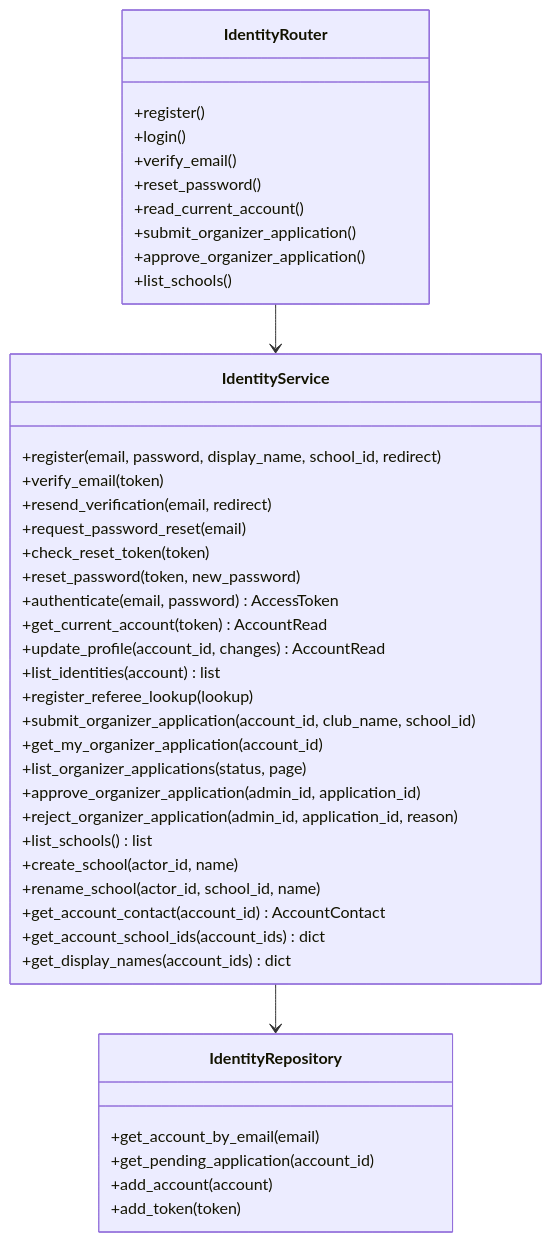
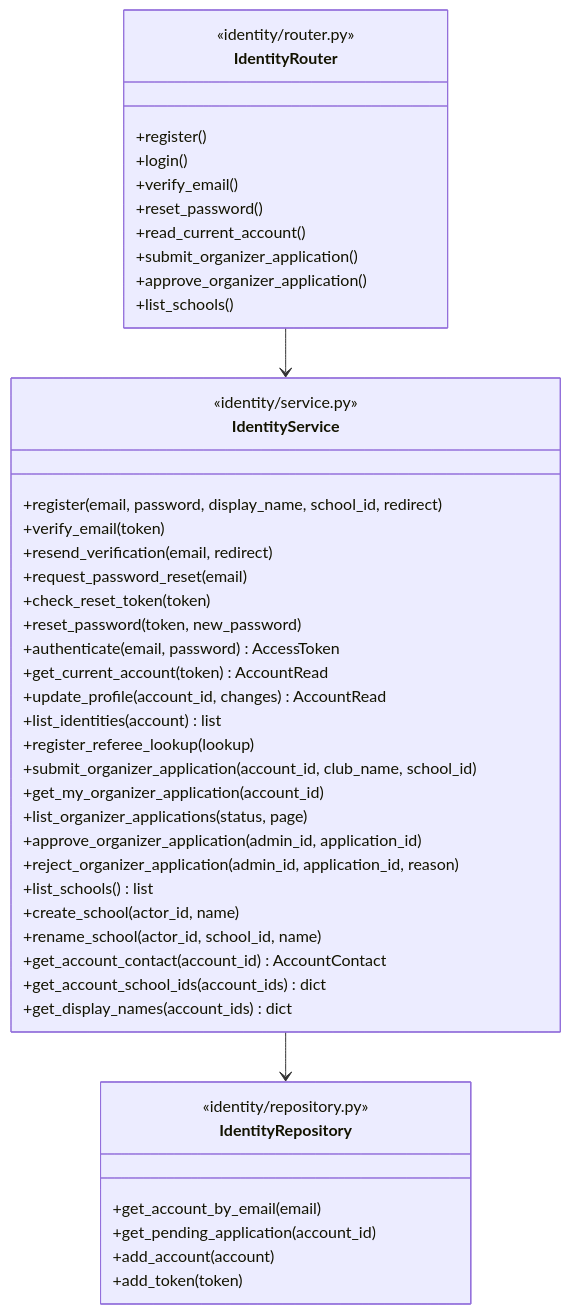
One commit to Team14good/esport-platform changed the fifth of 15 diagrams in docs/midterm/D-物件設計文件.md. Above: the diagram before and after it, drawn with Mermaid. The commit also changed other lines of this file and 27 other files, not shown here.

First line of the commit message:
docs: B、C、D 其餘的圖全部對照程式標註 (#92)

````diff
--- a/docs/midterm/D-物件設計文件.md
+++ b/docs/midterm/D-物件設計文件.md
@@ -200,45 +215,48 @@
 ```mermaid
 classDiagram
   class IdentityRouter {
+    <<identity/router.py>>
     +register()
     +login()
     +verify_email()
     +reset_password()
     +read_current_account()
     +submit_organizer_application()
     +approve_organizer_application()
     +list_schools()
   }
   class IdentityService {
+    <<identity/service.py>>
     +register(email, password, display_name, school_id, redirect)
     +verify_email(token)
     +resend_verification(email, redirect)
     +request_password_reset(email)
     +check_reset_token(token)
     +reset_password(token, new_password)
     +authenticate(email, password) AccessToken
     +get_current_account(token) AccountRead
     +update_profile(account_id, changes) AccountRead
     +list_identities(account) list
     +register_referee_lookup(lookup)
     +submit_organizer_application(account_id, club_name, school_id)
     +get_my_organizer_application(account_id)
     +list_organizer_applications(status, page)
     +approve_organizer_application(admin_id, application_id)
     +reject_organizer_application(admin_id, application_id, reason)
     +list_schools() list
     +create_school(actor_id, name)
     +rename_school(actor_id, school_id, name)
     +get_account_contact(account_id) AccountContact
     +get_account_school_ids(account_ids) dict
     +get_display_names(account_ids) dict
   }
   class IdentityRepository {
+    <<identity/repository.py>>
     +get_account_by_email(email)
     +get_pending_application(account_id)
     +add_account(account)
     +add_token(token)
   }
   IdentityRouter --> IdentityService
   IdentityService --> IdentityRepository
 ```
````
